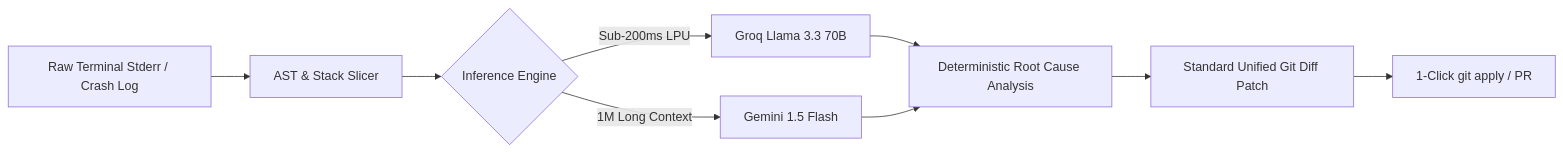
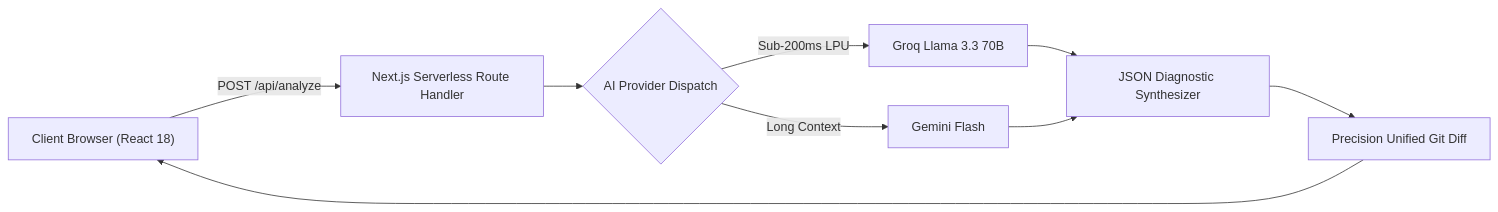
Before and after one commit to Ahmad-glowex/tracelens-ai: the diagram in README.md, drawn with Mermaid. The commit also changed other lines of this file and 19 other files, not shown here.

Commit message:
feat: migrate to full-stack Next.js 14 App Router with serverless AI route handler

````diff
--- a/README.md
+++ b/README.md
@@ -40,11 +41,11 @@
 ```mermaid
 flowchart LR
-    A["Raw Terminal Stderr / Crash Log"] --> B["AST & Stack Slicer"]
-    B --> C{"Inference Engine"}
+    A["Client Browser (React 18)"] -->|"POST /api/analyze"| B["Next.js Serverless Route Handler"]
+    B --> C{"AI Provider Dispatch"}
     C -->|"Sub-200ms LPU"| D["Groq Llama 3.3 70B"]
-    C -->|"1M Long Context"| E["Gemini 1.5 Flash"]
-    D --> F["Deterministic Root Cause Analysis"]
+    C -->|"Long Context"| E["Gemini Flash"]
+    D --> F["JSON Diagnostic Synthesizer"]
     E --> F
-    F --> G["Standard Unified Git Diff Patch"]
-    G --> H["1-Click git apply / PR"]
+    F --> G["Precision Unified Git Diff"]
+    G --> A
 ```
````
